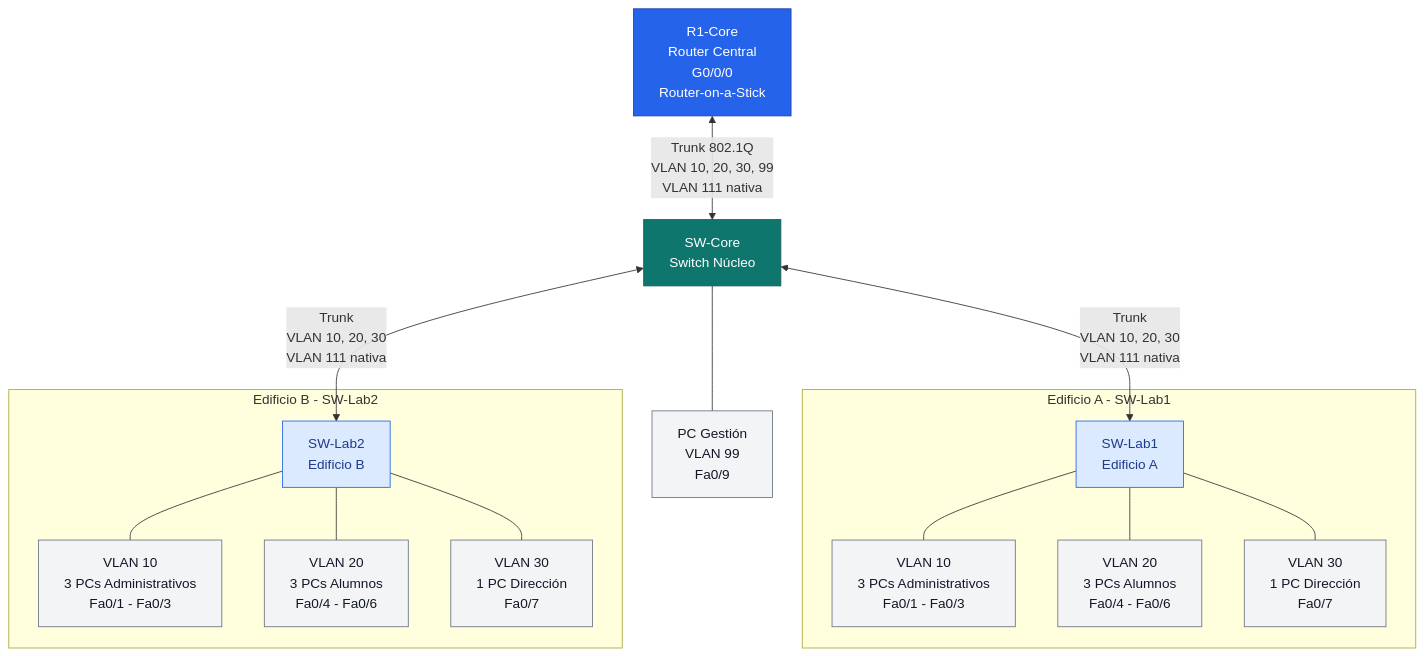
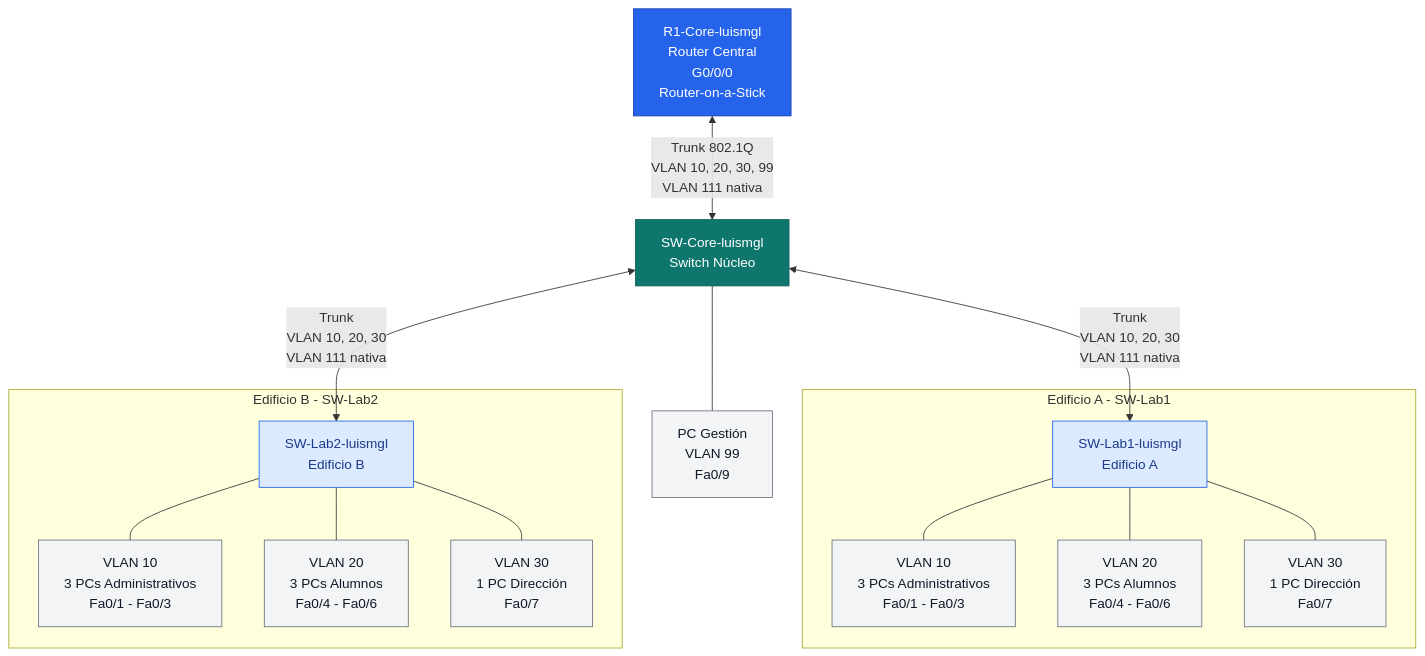
One commit to lgarcia2224-design/portafolio-ccna2 changed the diagram in readme.md. Above: the diagram before and after it, drawn with Mermaid. The commit also changed other lines of this file, not shown here.

````diff
--- a/readme.md
+++ b/readme.md
@@ -42,48 +42,48 @@
 ```mermaid
 flowchart TB
-    R1["R1-Core<br/>Router Central<br/>G0/0/0<br/>Router-on-a-Stick"]
+    R1["R1-Core-luismgl<br/>Router Central<br/>G0/0/0<br/>Router-on-a-Stick"]
 
-    CORE["SW-Core<br/>Switch Núcleo"]
+    CORE["SW-Core-luismgl<br/>Switch Núcleo"]
 
     PCG["PC Gestión<br/>VLAN 99<br/>Fa0/9"]
 
-    LAB1["SW-Lab1<br/>Edificio A"]
-    LAB2["SW-Lab2<br/>Edificio B"]
+    LAB1["SW-Lab1-luismgl<br/>Edificio A"]
+    LAB2["SW-Lab2-luismgl<br/>Edificio B"]
 
     R1 <-->|"Trunk 802.1Q<br/>VLAN 10, 20, 30, 99<br/>VLAN 111 nativa"| CORE
 
     CORE <-->|"Trunk<br/>VLAN 10, 20, 30<br/>VLAN 111 nativa"| LAB1
     CORE <-->|"Trunk<br/>VLAN 10, 20, 30<br/>VLAN 111 nativa"| LAB2
 
     CORE --- PCG
 
     subgraph A["Edificio A - SW-Lab1"]
         A10["VLAN 10<br/>3 PCs Administrativos<br/>Fa0/1 - Fa0/3"]
         A20["VLAN 20<br/>3 PCs Alumnos<br/>Fa0/4 - Fa0/6"]
         A30["VLAN 30<br/>1 PC Dirección<br/>Fa0/7"]
 
         LAB1 --- A10
         LAB1 --- A20
         LAB1 --- A30
     end
 
     subgraph B["Edificio B - SW-Lab2"]
         B10["VLAN 10<br/>3 PCs Administrativos<br/>Fa0/1 - Fa0/3"]
         B20["VLAN 20<br/>3 PCs Alumnos<br/>Fa0/4 - Fa0/6"]
         B30["VLAN 30<br/>1 PC Dirección<br/>Fa0/7"]
 
         LAB2 --- B10
         LAB2 --- B20
         LAB2 --- B30
     end
 
     classDef router fill:#2563eb,color:#ffffff,stroke:#1e40af
     classDef core fill:#0f766e,color:#ffffff,stroke:#115e59
     classDef access fill:#dbeafe,color:#1e3a8a,stroke:#2563eb
     classDef pc fill:#f3f4f6,color:#111827,stroke:#6b7280
 
     class R1 router
     class CORE core
     class LAB1,LAB2 access
     class PCG,A10,A20,A30,B10,B20,B30 pc
 ```
````
